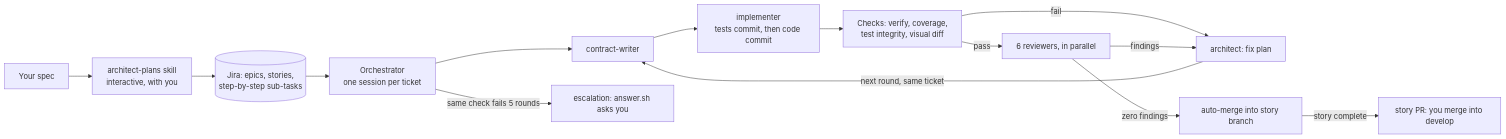
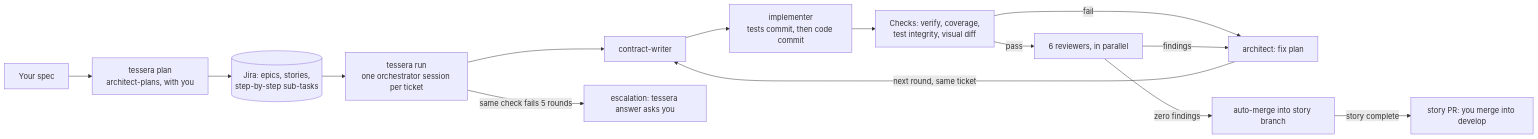
One commit to ntamasa/Tessera changed the diagram in README.md. Above: the diagram before and after it, drawn with Mermaid. The commit also changed other lines of this file, not shown here.

First line of the commit message:
Document per-project use and environment-variable configuration

````diff
--- a/README.md
+++ b/README.md
@@ -16,14 +24,14 @@
 ```mermaid
 flowchart LR
-    SPEC[Your spec] --> PLAN[architect-plans skill<br/>interactive, with you] --> JIRA[(Jira: epics, stories,<br/>step-by-step sub-tasks)]
-    JIRA --> ORCH[Orchestrator<br/>one session per ticket]
+    SPEC[Your spec] --> PLAN[tessera plan<br/>architect-plans, with you] --> JIRA[(Jira: epics, stories,<br/>step-by-step sub-tasks)]
+    JIRA --> ORCH[tessera run<br/>one orchestrator session per ticket]
     ORCH --> CW[contract-writer] --> IM[implementer<br/>tests commit, then code commit]
     IM --> CH[Checks: verify, coverage,<br/>test integrity, visual diff]
     CH -->|pass| RV[6 reviewers, in parallel]
     CH -->|fail| AR[architect: fix plan]
     RV -->|findings| AR
     AR -->|next round, same ticket| CW
     RV -->|zero findings| M[auto-merge into story branch]
     M -->|story complete| SPR[story PR: you merge into develop]
-    ORCH -->|same check fails 5 rounds| ESC[escalation: answer.sh asks you]
+    ORCH -->|same check fails 5 rounds| ESC[escalation: tessera answer asks you]
 ```
````
